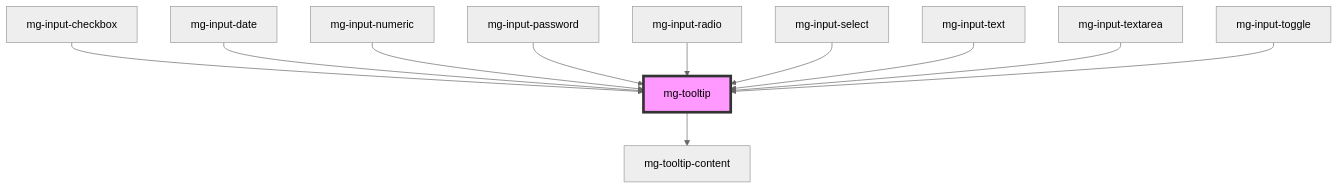
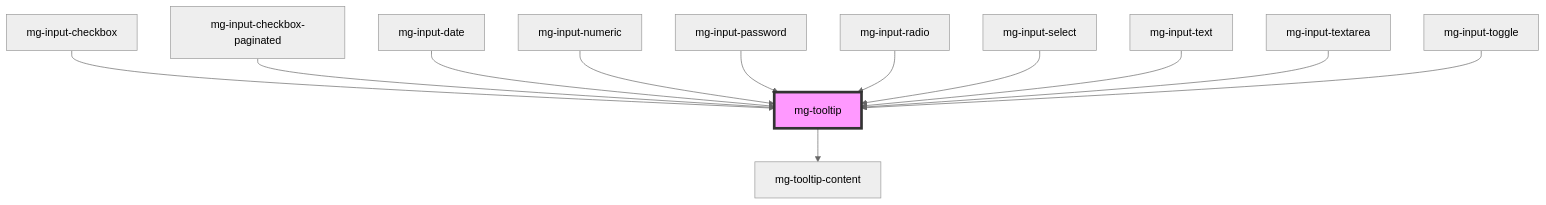
The diagram in packages/mg-components/src/components/atoms/mg-tooltip/readme.md (MGDIS/core-ui), drawn with Mermaid (neutral theme) before and after one commit. The commit also changed other lines of this file and 11 other files, not shown here.

First line of the commit message:
feat(mgInputCheckbox): update select all action to only apply action on filtered result

````diff
--- a/packages/mg-components/src/components/atoms/mg-tooltip/readme.md
+++ b/packages/mg-components/src/components/atoms/mg-tooltip/readme.md
@@ -107,14 +108,15 @@
 ```mermaid
 graph TD;
   mg-tooltip --> mg-tooltip-content
   mg-input-checkbox --> mg-tooltip
+  mg-input-checkbox-paginated --> mg-tooltip
   mg-input-date --> mg-tooltip
   mg-input-numeric --> mg-tooltip
   mg-input-password --> mg-tooltip
   mg-input-radio --> mg-tooltip
   mg-input-select --> mg-tooltip
   mg-input-text --> mg-tooltip
   mg-input-textarea --> mg-tooltip
   mg-input-toggle --> mg-tooltip
   style mg-tooltip fill:#f9f,stroke:#333,stroke-width:4px
 ```
````
